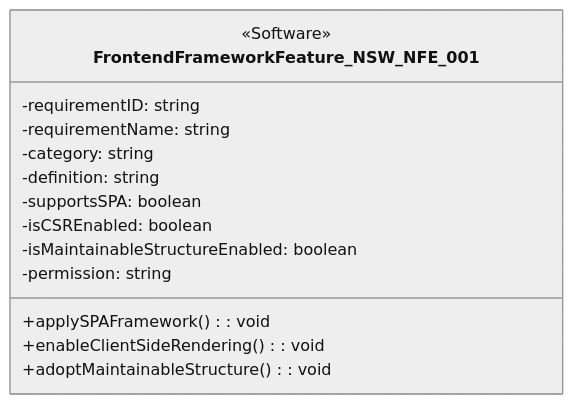
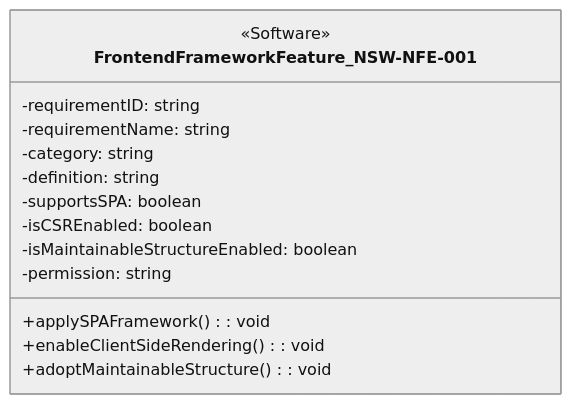
One commit to sun922/University-SoftwareDesign changed diagram 21 of 54 in 1. Requirement Analysis/Software Requirements Specification.md. Above: the diagram before and after it, drawn with Mermaid (neutral theme). The commit also changed other lines of this file, not shown here.

````diff
--- a/1. Requirement Analysis/Software Requirements Specification.md
+++ b/1. Requirement Analysis/Software Requirements Specification.md
@@ -639,18 +639,18 @@
 ```mermaid
 classDiagram
-    class FrontendFrameworkFeature_NSW_NFE_001 {
+    class FrontendFrameworkFeature_NSW-NFE-001 {
         <<Software>>
         -requirementID: string
         -requirementName: string
         -category: string
         -definition: string
         -supportsSPA: boolean
         -isCSREnabled: boolean
         -isMaintainableStructureEnabled: boolean
         -permission: string
 
         +applySPAFramework(): void
         +enableClientSideRendering(): void
         +adoptMaintainableStructure(): void
     }
 ```
````
